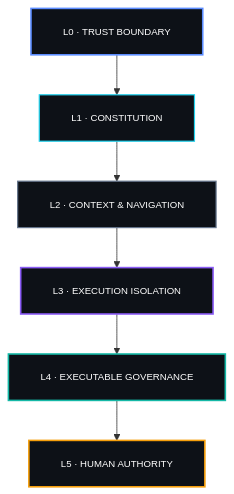
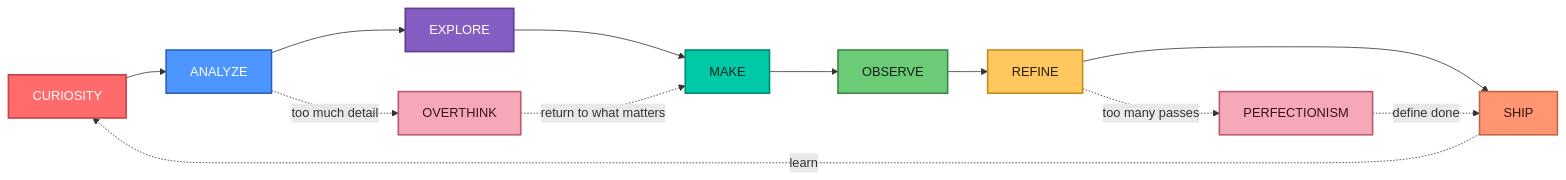
One commit to drferdii/drferdii changed the second of 2 diagrams in README.md. Above: the diagram before and after it, drawn with Mermaid. The commit also changed other lines of this file, not shown here.

````diff
--- a/README.md
+++ b/README.md
@@ -894,30 +387,33 @@
 ```mermaid
-%%{init: {"flowchart": {"htmlLabels": false, "padding": 20}, "themeVariables": {"fontFamily": "monospace", "fontSize": "12px"}}}%%
-flowchart TB
-  L0["L0 · TRUST BOUNDARY"]
-  L1["L1 · CONSTITUTION"]
-  L2["L2 · CONTEXT & NAVIGATION"]
-  L3["L3 · EXECUTION ISOLATION"]
-  L4["L4 · EXECUTABLE GOVERNANCE"]
-  L5["L5 · HUMAN AUTHORITY"]
+flowchart LR
+    C["CURIOSITY"] --> A["ANALYZE"]
+    A --> X["EXPLORE"]
+    X --> M["MAKE"]
+    M --> O["OBSERVE"]
+    O --> R["REFINE"]
+    R --> S["SHIP"]
+    S -. "learn" .-> C
 
-  L0 --> L1
-  L1 --> L2
-  L2 --> L3
-  L3 --> L4
-  L4 --> L5
+    A -. "too much detail" .-> V["OVERTHINK"]
+    R -. "too many passes" .-> P["PERFECTIONISM"]
+    V -. "return to what matters" .-> M
+    P -. "define done" .-> S
 
-  classDef authority fill:#0D1117,stroke:#F59E0B,color:#ffffff,stroke-width:2px;
-  classDef agent fill:#0D1117,stroke:#8B5CF6,color:#ffffff,stroke-width:2px;
-  classDef control fill:#0D1117,stroke:#14B8A6,color:#ffffff,stroke-width:2px;
-  classDef core fill:#0D1117,stroke:#5B8CFF,color:#ffffff,stroke-width:2px;
-  classDef shared fill:#0D1117,stroke:#64748B,color:#ffffff,stroke-width:1.5px;
-  classDef surface fill:#0D1117,stroke:#22D3EE,color:#ffffff,stroke-width:1.5px;
+    classDef c1 fill:#FF6B6B,stroke:#C44545,color:#ffffff,stroke-width:2px;
+    classDef c2 fill:#4D96FF,stroke:#2B63B8,color:#ffffff,stroke-width:2px;
+    classDef c3 fill:#845EC2,stroke:#5E3D95,color:#ffffff,stroke-width:2px;
+    classDef c4 fill:#00C9A7,stroke:#008C74,color:#06231E,stroke-width:2px;
+    classDef c5 fill:#6BCB77,stroke:#3A8A46,color:#102114,stroke-width:2px;
+    classDef c6 fill:#FFC75F,stroke:#C58E18,color:#2A1D00,stroke-width:2px;
+    classDef c7 fill:#FF9671,stroke:#C56649,color:#32150D,stroke-width:2px;
+    classDef risk fill:#F7A8B8,stroke:#B95B70,color:#38131B,stroke-width:2px;
 
-  class L5 authority;
-  class L3 agent;
-  class L4 control;
-  class L0 core;
-  class L2 shared;
-  class L1 surface;
+    class C c1;
+    class A c2;
+    class X c3;
+    class M c4;
+    class O c5;
+    class R c6;
+    class S c7;
+    class V,P risk;
 ```
````
